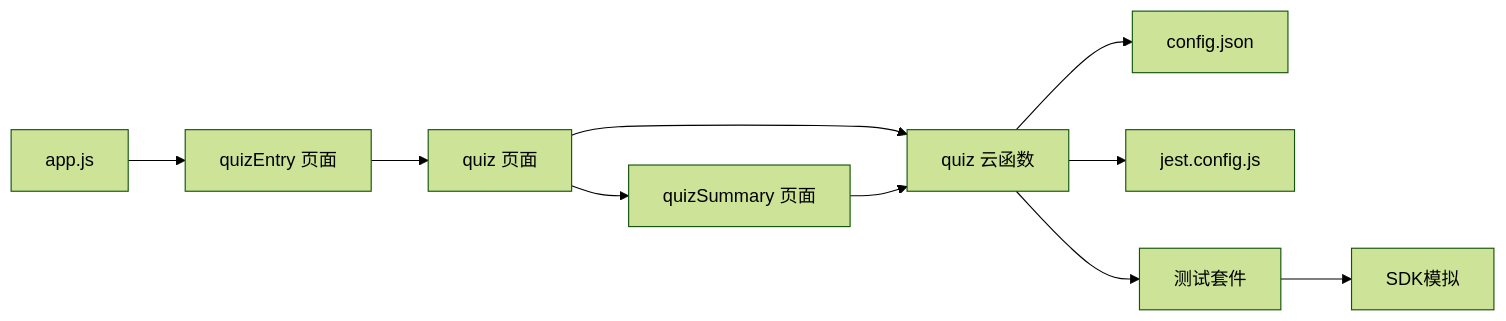
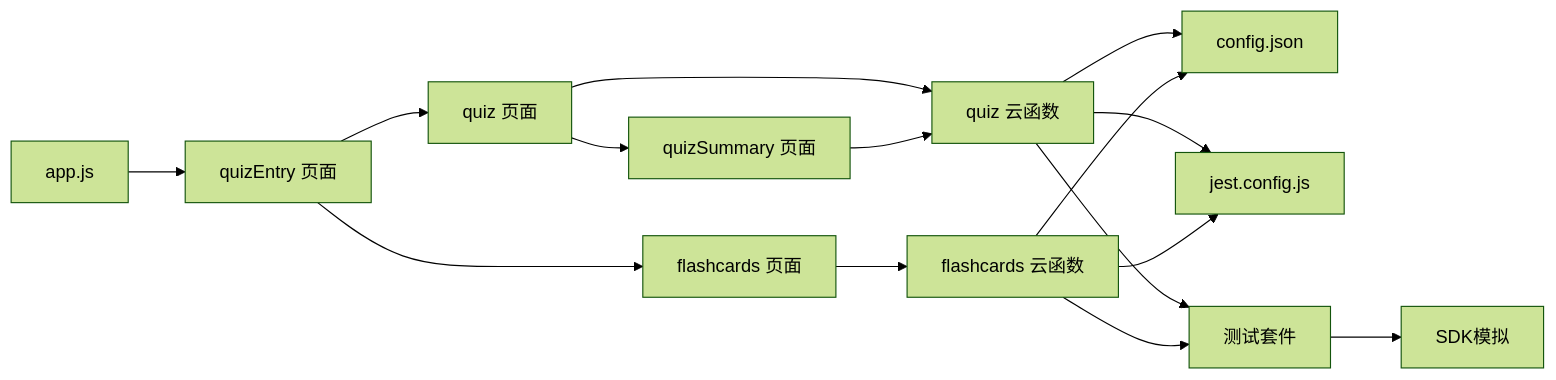
Before and after one commit to cwb7756/bio: diagram 19 of 19 in .qoder/repowiki/zh/content/核心功能模块/测验系统/测验系统.md, drawn with Mermaid (forest theme). The commit also changed other lines of this file and 14 other files, not shown here.

First line of the commit message:
feat(knowledgeMap): 增强知识图谱功能，新增种子数据生成器

````diff
--- a/.qoder/repowiki/zh/content/核心功能模块/测验系统/测验系统.md
+++ b/.qoder/repowiki/zh/content/核心功能模块/测验系统/测验系统.md
@@ -565,12 +739,17 @@
 ```mermaid
 graph LR
 App["app.js"] --> QuizEntry["quizEntry 页面"]
 QuizEntry --> QuizPage["quiz 页面"]
+QuizEntry --> FlashcardsPage["flashcards 页面"]
 QuizPage --> SummaryPage["quizSummary 页面"]
 QuizPage --> QuizCF["quiz 云函数"]
 SummaryPage --> QuizCF
+FlashcardsPage --> FlashcardsCF["flashcards 云函数"]
 QuizCF --> Config["config.json"]
+FlashcardsCF --> Config
 QuizCF --> JestConfig["jest.config.js"]
+FlashcardsCF --> JestConfig
 QuizCF --> Tests["测试套件"]
+FlashcardsCF --> Tests
 Tests --> Mocks["SDK模拟"]
 ```
````
